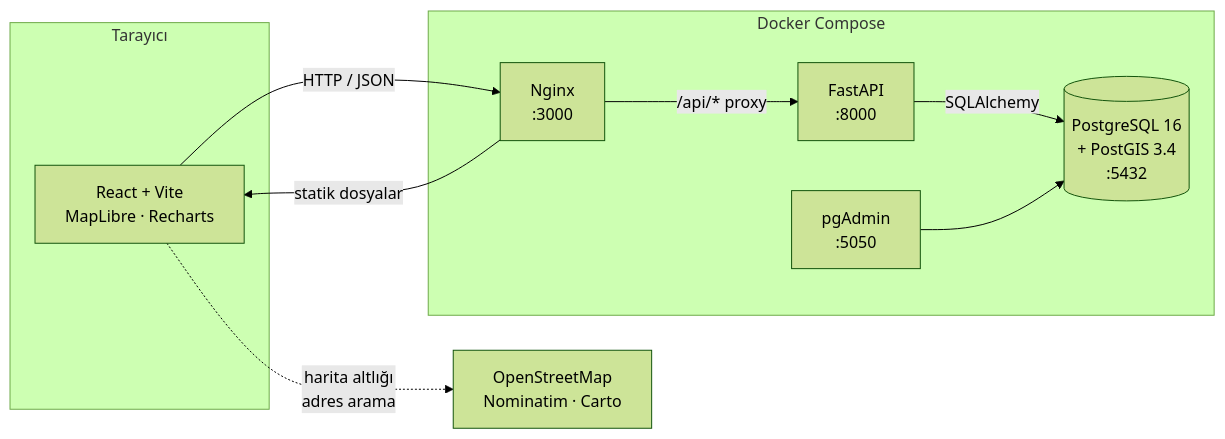
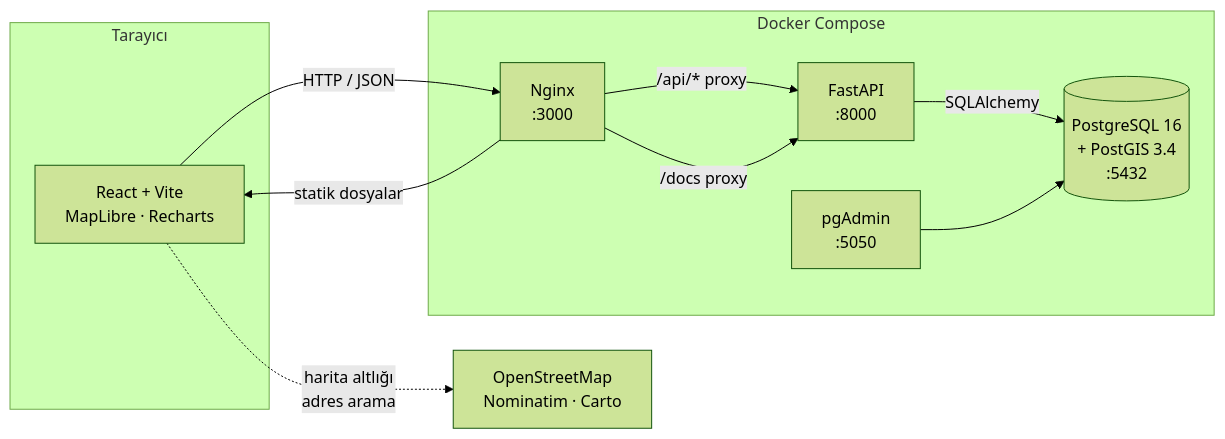
One commit to muffylamingo/GreenAsset-Staj changed the diagram in README.md. Above: the diagram before and after it, drawn with Mermaid (forest theme). The commit also changed other lines of this file, not shown here.

````diff
--- a/README.md
+++ b/README.md
@@ -52,22 +79,23 @@
 ```mermaid
 flowchart LR
     subgraph tarayici["Tarayıcı"]
         R["React + Vite<br/>MapLibre · Recharts"]
     end
 
     subgraph docker["Docker Compose"]
         N["Nginx<br/>:3000"]
         F["FastAPI<br/>:8000"]
         P[("PostgreSQL 16<br/>+ PostGIS 3.4<br/>:5432")]
         A["pgAdmin<br/>:5050"]
     end
 
     OSM["OpenStreetMap<br/>Nominatim · Carto"]
 
     R -->|"HTTP / JSON"| N
     N -->|"statik dosyalar"| R
     N -->|"/api/* proxy"| F
+    N -->|"/docs proxy"| F
     F -->|"SQLAlchemy"| P
     A --> P
     R -.->|"harita altlığı<br/>adres arama"| OSM
 ```
````
